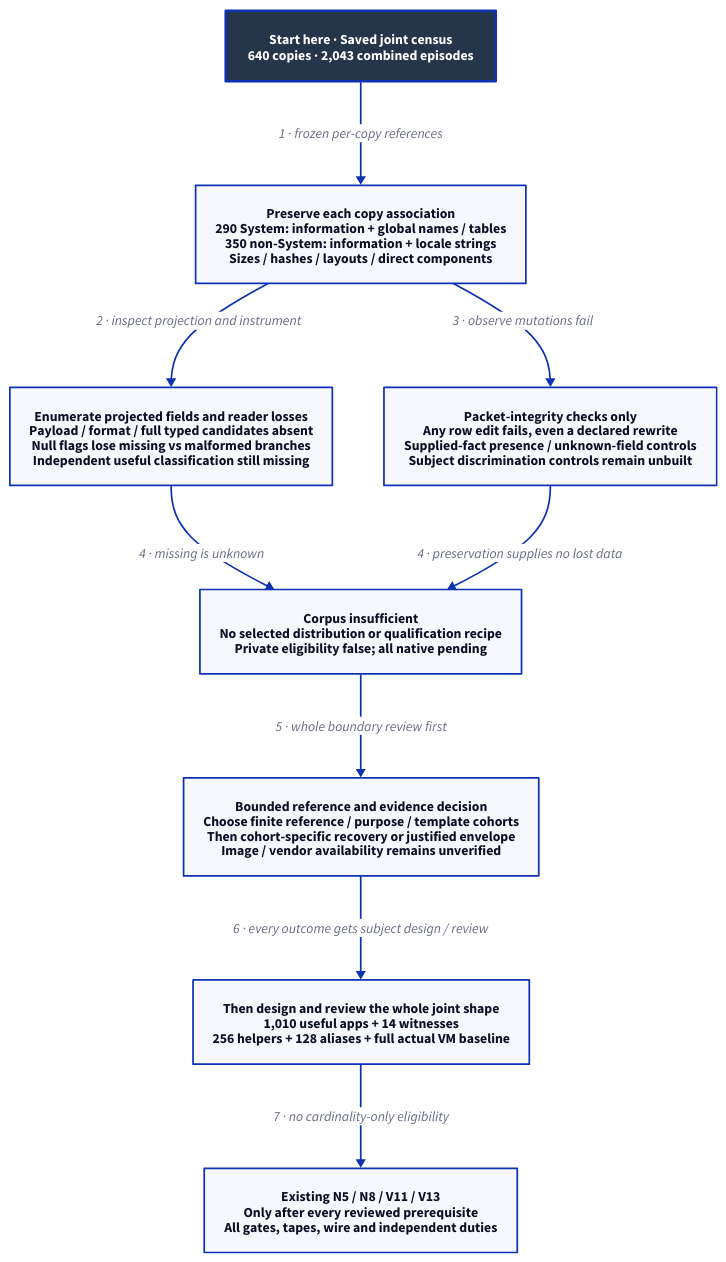
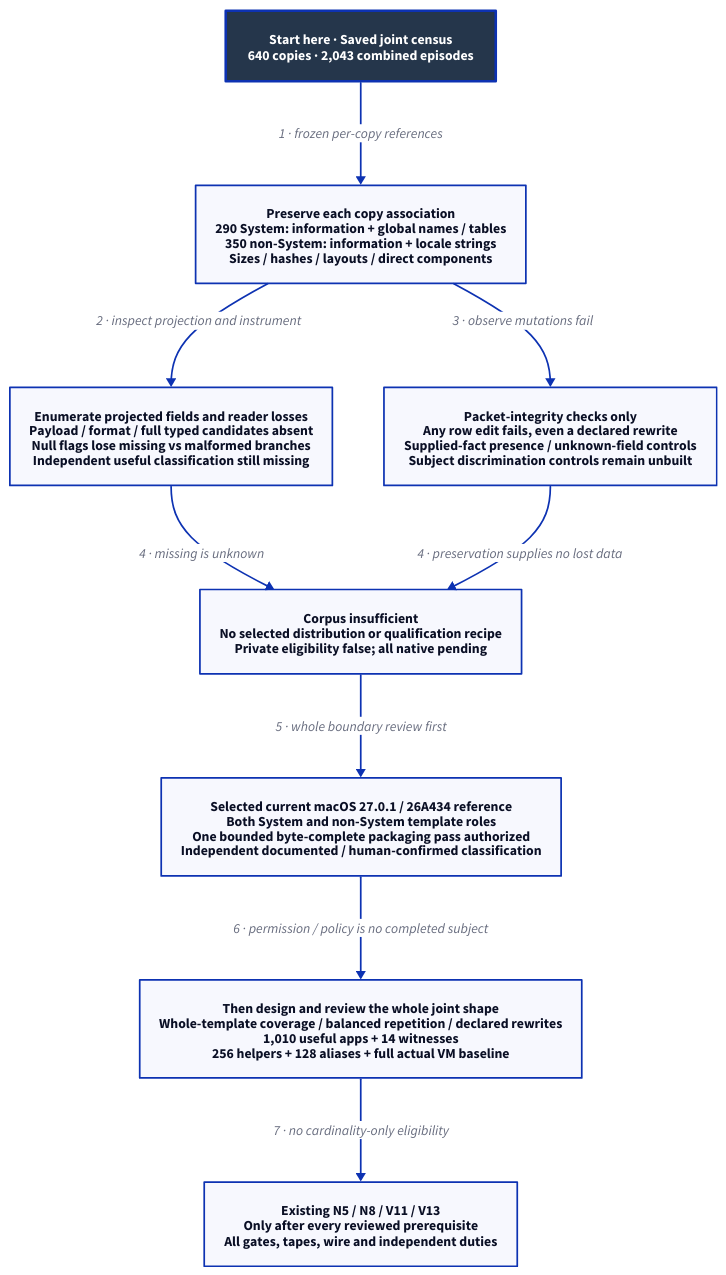
The diagram in docs/design/architecture/native-population-metadata-shape.d2 (Linkuistics/Koine), drawn with D2 before and after one commit. The commit also changed 95 other files, not shown here.

Commit message:
Settle macOS 27 population evidence requirements (application-population-metadata-evidence-k240)

```diff
--- a/docs/design/architecture/native-population-metadata-shape.d2
+++ b/docs/design/architecture/native-population-metadata-shape.d2
@@ -1,21 +1,21 @@
-# Saved-corpus boundary only; no selected distribution or native pass. D2 0.9.0.
+# Historical boundary and selected current-reference requirements; no useful subject or native pass.
 direction: down
 classes: {
   start: {style: {fill: "#25364B"; font-color: "#FFFFFF"; bold: true; stroke-width: 3}}
 }
 Start: "Start here · Saved joint census\n640 copies · 2,043 combined episodes" {class: start}
 Known: "Preserve each copy association\n290 System: information + global names / tables\n350 non-System: information + locale strings\nSizes / hashes / layouts / direct components"
 Missing: "Enumerate projected fields and reader losses\nPayload / format / full typed candidates absent\nNull flags lose missing vs malformed branches\nIndependent useful classification still missing"
 Control: "Packet-integrity checks only\nAny row edit fails, even a declared rewrite\nSupplied-fact presence / unknown-field controls\nSubject discrimination controls remain unbuilt"
 Boundary: "Corpus insufficient\nNo selected distribution or qualification recipe\nPrivate eligibility false; all native pending"
-Decision: "Bounded reference and evidence decision\nChoose finite reference / purpose / template cohorts\nThen cohort-specific recovery or justified envelope\nImage / vendor availability remains unverified"
-Design: "Then design and review the whole joint shape\n1,010 useful apps + 14 witnesses\n256 helpers + 128 aliases + full actual VM baseline"
+Decision: "Selected current macOS 27.0.1 / 26A434 reference\nBoth System and non-System template roles\nOne bounded byte-complete packaging pass authorized\nIndependent documented / human-confirmed classification"
+Design: "Then design and review the whole joint shape\nWhole-template coverage / balanced repetition / declared rewrites\n1,010 useful apps + 14 witnesses\n256 helpers + 128 aliases + full actual VM baseline"
 Native: "Existing N5 / N8 / V11 / V13\nOnly after every reviewed prerequisite\nAll gates, tapes, wire and independent duties"
 Start -> Known: "1 · frozen per-copy references"
 Known -> Missing: "2 · inspect projection and instrument"
 Known -> Control: "3 · observe mutations fail"
 Missing -> Boundary: "4 · missing is unknown"
 Control -> Boundary: "4 · preservation supplies no lost data"
 Boundary -> Decision: "5 · whole boundary review first"
-Decision -> Design: "6 · every outcome gets subject design / review"
+Decision -> Design: "6 · permission / policy is no completed subject"
 Design -> Native: "7 · no cardinality-only eligibility"
```
